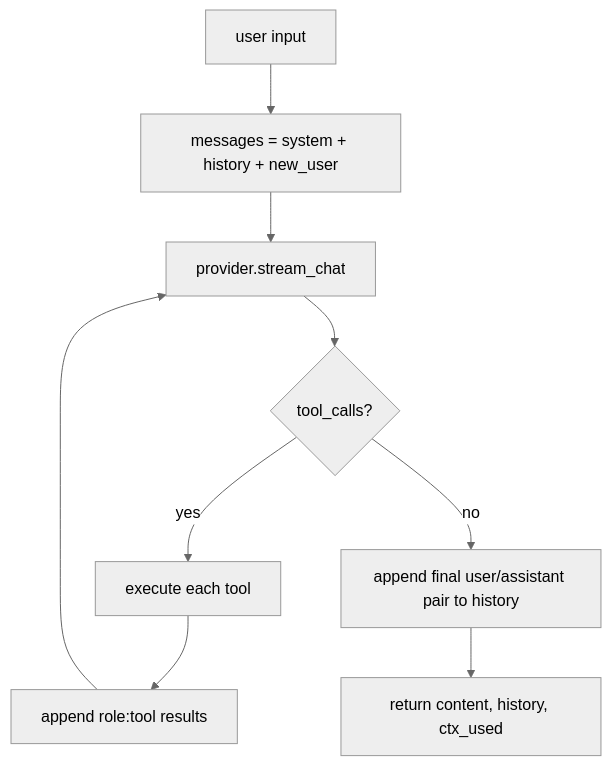
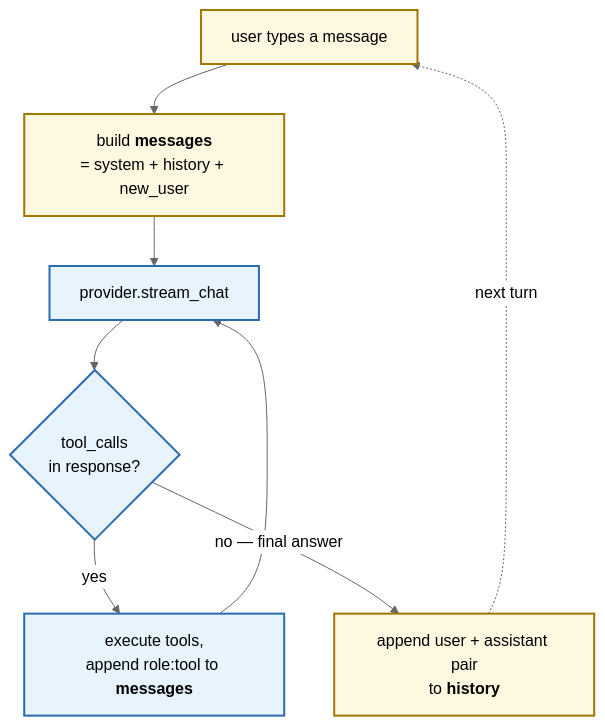
Before and after one commit to anfocic/myah: the diagram in docs/CONCEPTS.md, drawn with Mermaid (neutral theme). The commit also changed other lines of this file, not shown here.

First line of the commit message:
docs: reduce to 2 high-effort diagrams (§1 loop, §4 context window)

````diff
--- a/docs/CONCEPTS.md
+++ b/docs/CONCEPTS.md
@@ -121,11 +121,15 @@
 ```mermaid
 flowchart TD
-    U[user input] --> B[messages = system + history + new_user]
-    B --> C[provider.stream_chat]
-    C --> D{tool_calls?}
-    D -->|yes| E[execute each tool]
-    E --> F["append role:tool results"]
-    F --> C
-    D -->|no| G[append final user/assistant pair to history]
-    G --> H["return content, history, ctx_used"]
+    U["user types a message"] --> B["build <b>messages</b><br/>= system + history + new_user"]
+    B --> P["provider.stream_chat"]
+    P --> T{"tool_calls<br/>in response?"}
+    T -- "yes" --> X["execute tools,<br/>append role:tool to <b>messages</b>"]
+    X --> P
+    T -- "no — final answer" --> H["append user + assistant pair<br/>to <b>history</b>"]
+    H -. "next turn" .-> U
+
+    classDef innerNode fill:#e8f4fd,stroke:#2a6cb1,stroke-width:2px,color:#000
+    classDef outerNode fill:#fff8e1,stroke:#a07700,stroke-width:2px,color:#000
+    class P,T,X innerNode
+    class U,B,H outerNode
 ```
````
